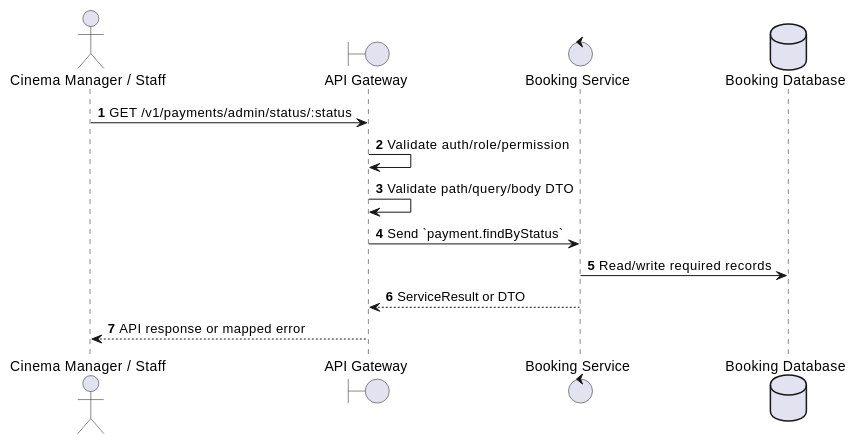
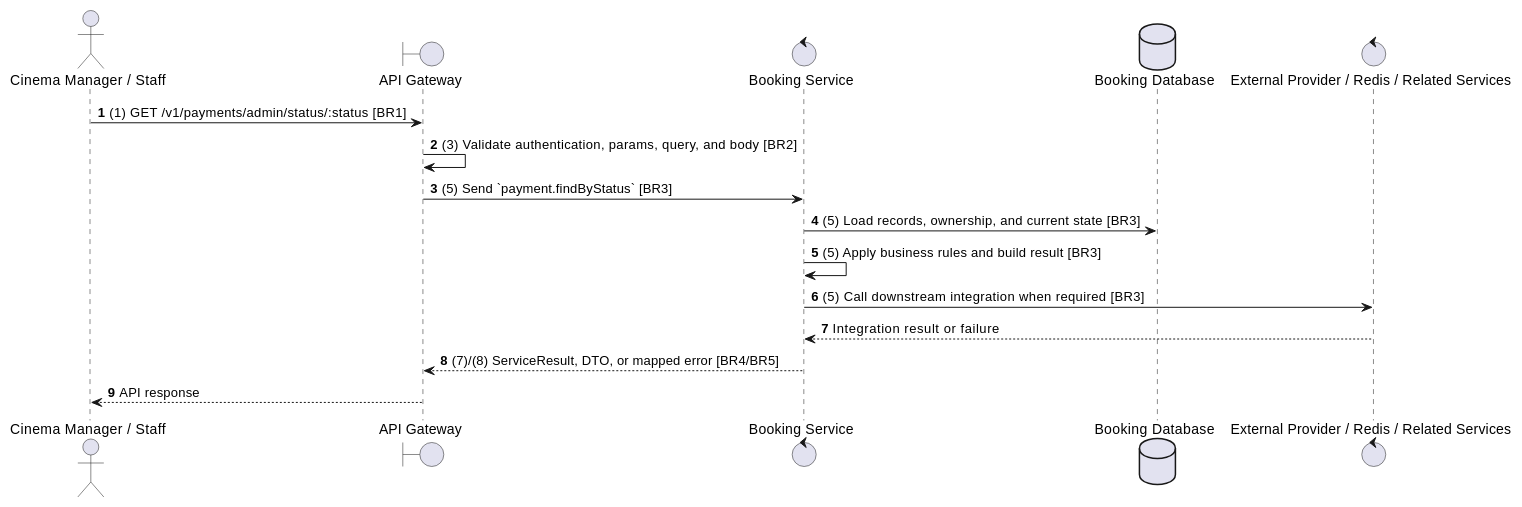
The second of 2 diagrams in docs/functional_specs/3.6_Payment_Transaction_Module/PY-A02_Find_Payments_by_Status.md (Tanh1603/movie-hub-architecture), drawn with PlantUML before and after one commit. The commit also changed other lines of this file and 129 other files, not shown here.

````diff
--- a/docs/functional_specs/3.6_Payment_Transaction_Module/PY-A02_Find_Payments_by_Status.md
+++ b/docs/functional_specs/3.6_Payment_Transaction_Module/PY-A02_Find_Payments_by_Status.md
@@ -17,17 +64,20 @@
 ```plantuml
 @startuml
 autonumber
 actor "Cinema Manager / Staff" as Actor
 boundary "API Gateway" as GW
 control "Booking Service" as SVC
 database "Booking Database" as DB
+control "External Provider / Redis / Related Services" as EXT
 
-Actor -> GW: GET /v1/payments/admin/status/:status
-GW -> GW: Validate auth/role/permission
-GW -> GW: Validate path/query/body DTO
-GW -> SVC: Send `payment.findByStatus`
-SVC -> DB: Read/write required records
-SVC --> GW: ServiceResult or DTO
-GW --> Actor: API response or mapped error
+Actor -> GW: (1) GET /v1/payments/admin/status/:status [BR1]
+GW -> GW: (3) Validate authentication, params, query, and body [BR2]
+GW -> SVC: (5) Send `payment.findByStatus` [BR3]
+SVC -> DB: (5) Load records, ownership, and current state [BR3]
+SVC -> SVC: (5) Apply business rules and build result [BR3]
+SVC -> EXT: (5) Call downstream integration when required [BR3]
+EXT --> SVC: Integration result or failure
+SVC --> GW: (7)/(8) ServiceResult, DTO, or mapped error [BR4/BR5]
+GW --> Actor: API response
 @enduml
 ```
````
